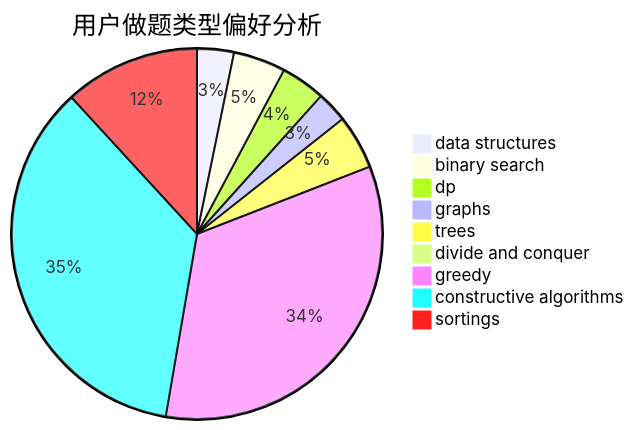
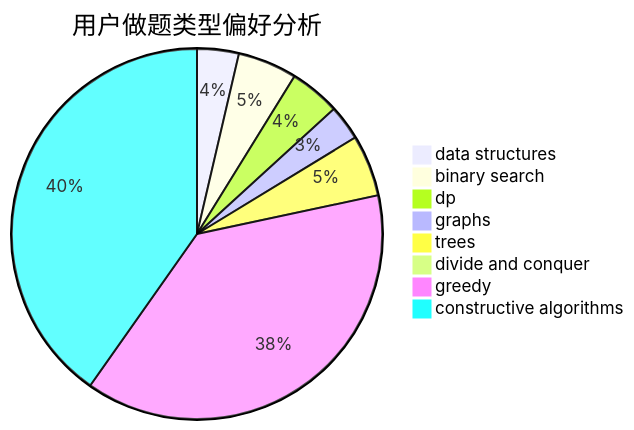
Before and after one commit to sherpahu/cfrs.github.io: the second of 3 diagrams in docs/user/u2157.md, drawn with Mermaid. The commit also changed other lines of this file and 2769 other files, not shown here.

````diff
--- a/docs/user/u2157.md
+++ b/docs/user/u2157.md
@@ -18,12 +18,11 @@
 ```mermaid
 pie title 用户做题类型偏好分析
     "data structures" :  19
     "binary search" :  27
     "dp" :  23
     "graphs" :  16
     "trees" :  28
     "divide and conquer" :  0
     "greedy" :  199
     "constructive algorithms" :  210
-    "sortings" :  70
 ```
````
